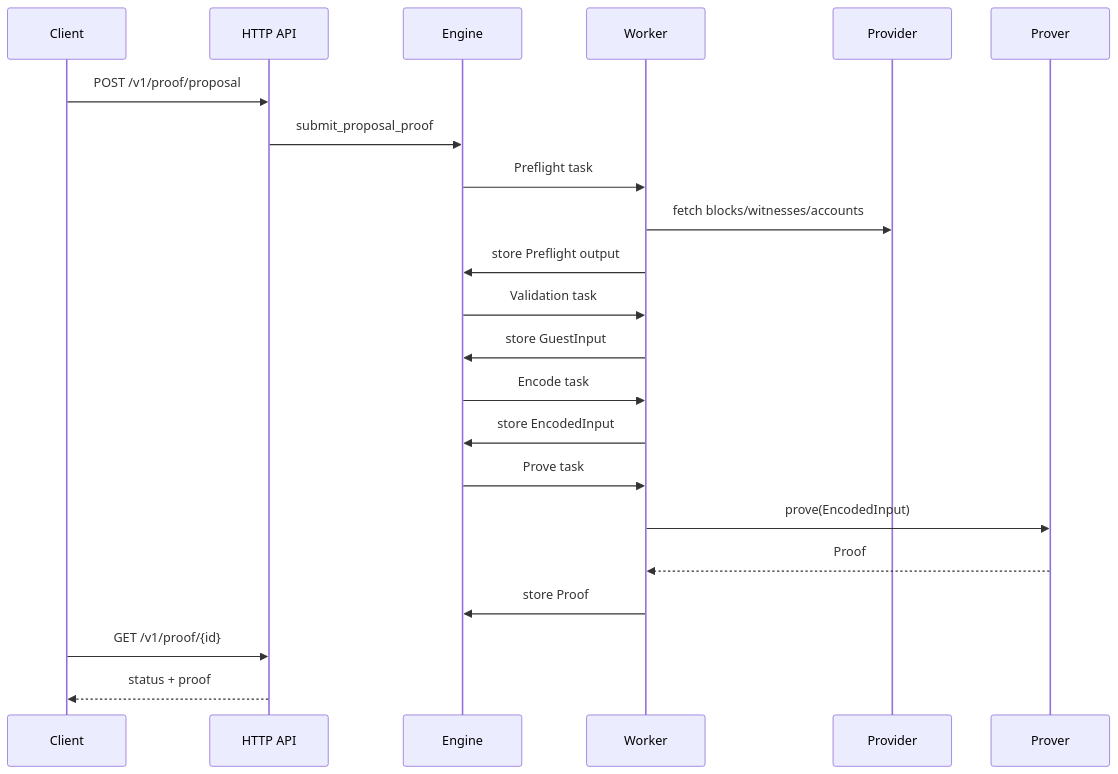
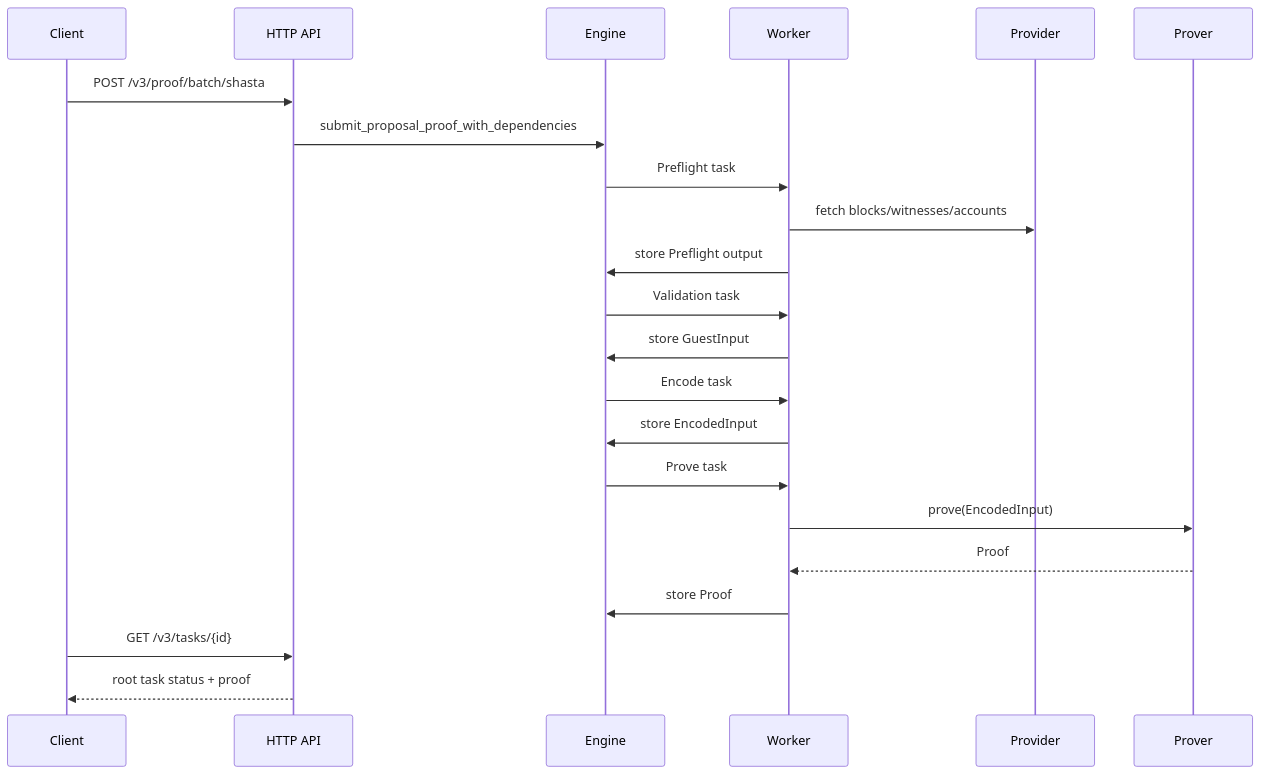
One commit to taikoxyz/raiko2 changed the fourth of 4 diagrams in README.md. Above: the diagram before and after it, drawn with Mermaid. The commit also changed other lines of this file and 92 other files, not shown here.

````diff
--- a/README.md
+++ b/README.md
@@ -123,25 +123,25 @@
 ```mermaid
 sequenceDiagram
   participant C as Client
   participant API as HTTP API
   participant Q as Engine
   participant W as Worker
   participant P as Provider
   participant Z as Prover
 
-  C->>API: POST /v1/proof/proposal
-  API->>Q: submit_proposal_proof
+  C->>API: POST /v3/proof/batch/shasta
+  API->>Q: submit_proposal_proof_with_dependencies
   Q->>W: Preflight task
   W->>P: fetch blocks/witnesses/accounts
   W->>Q: store Preflight output
   Q->>W: Validation task
   W->>Q: store GuestInput
   Q->>W: Encode task
   W->>Q: store EncodedInput
   Q->>W: Prove task
   W->>Z: prove(EncodedInput)
   Z-->>W: Proof
   W->>Q: store Proof
-  C->>API: GET /v1/proof/{id}
-  API-->>C: status + proof
+  C->>API: GET /v3/tasks/{id}
+  API-->>C: root task status + proof
 ```
````
